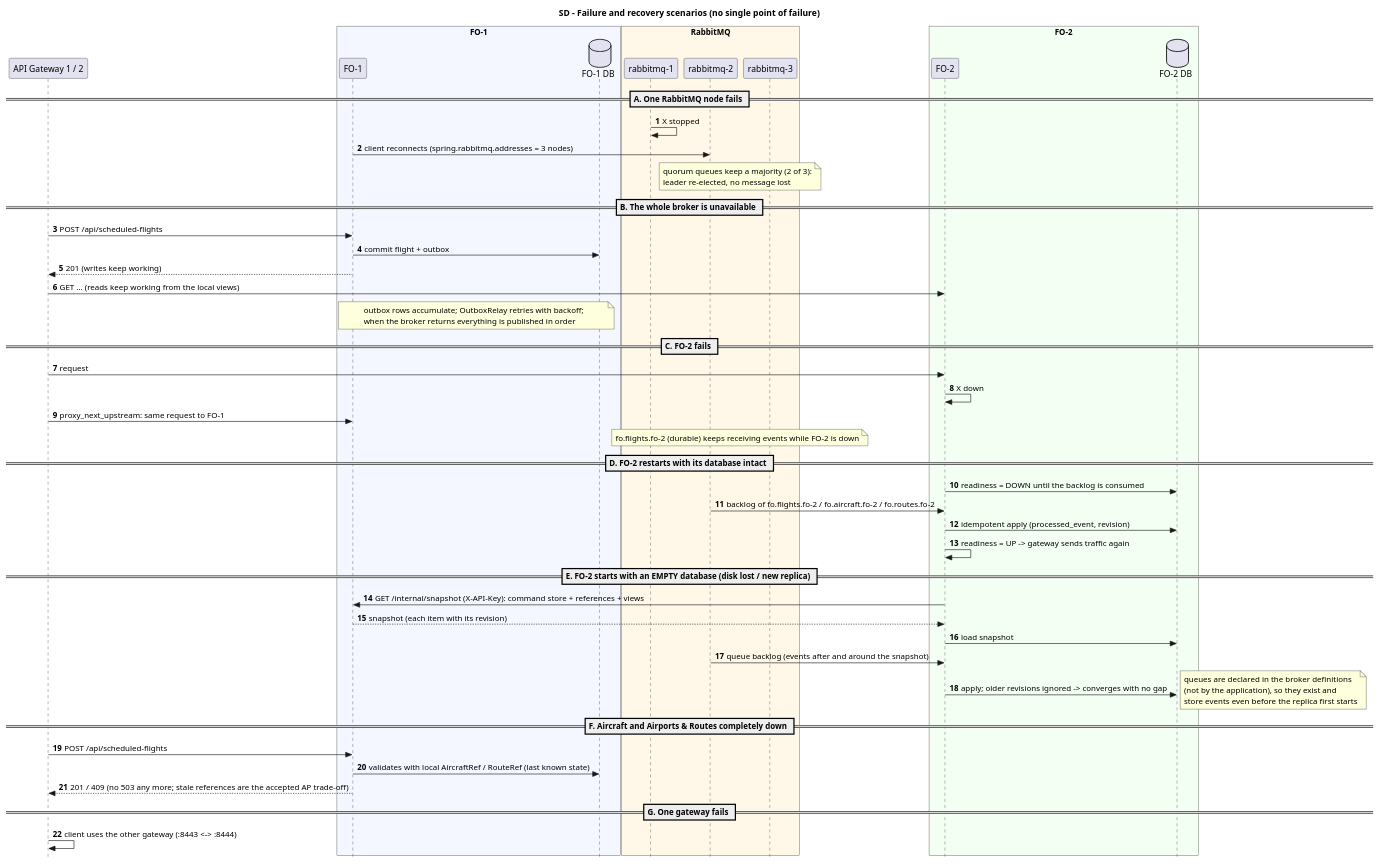
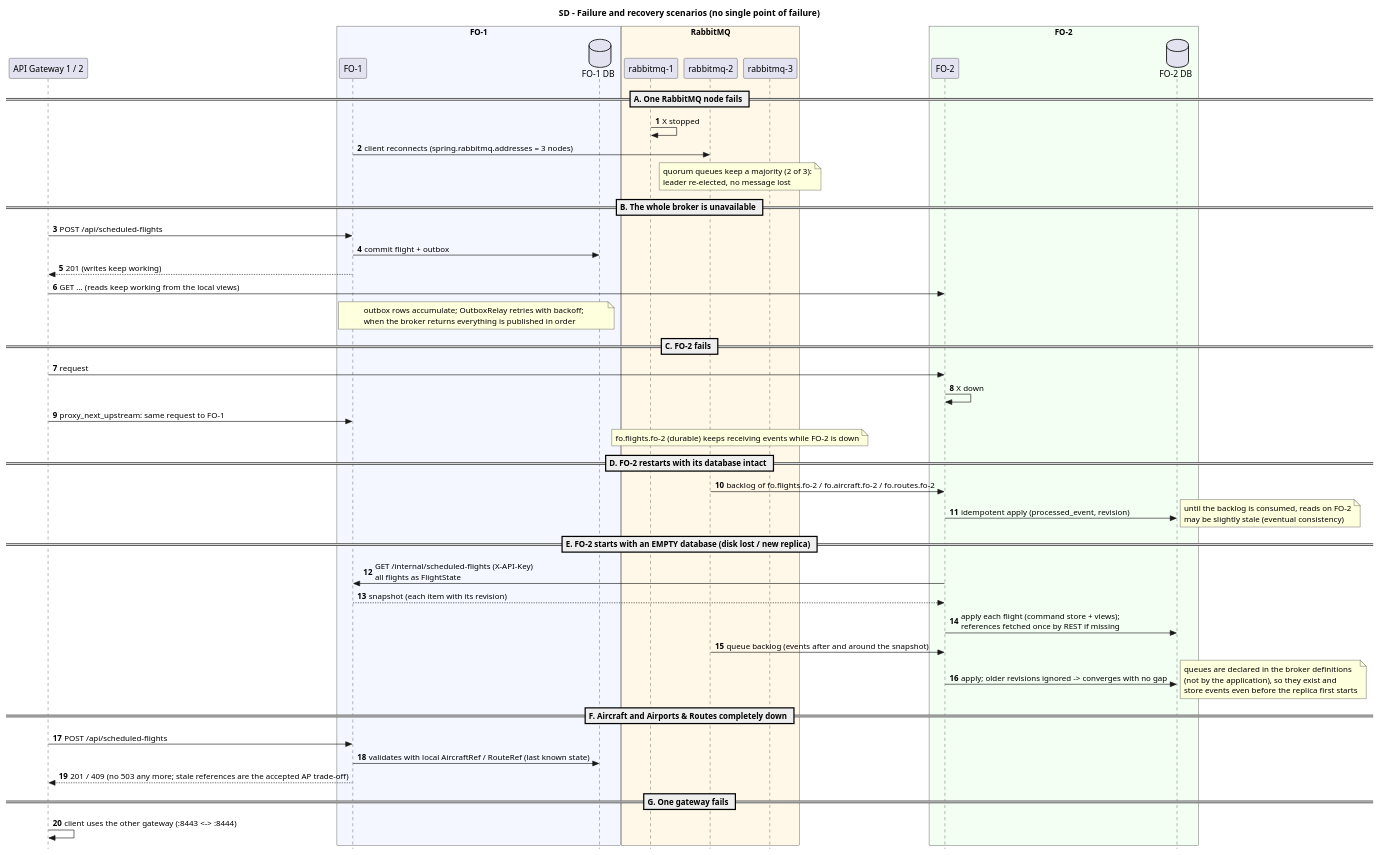
One commit to anamartasilvaa/SIDIG_AI_Safe changed the diagram in Services/Flighting Operations/docs/sd-failure-recovery.puml. Above: the diagram before and after it, drawn with PlantUML. The commit also changed 9 other files, not shown here.

Commit message:
FO: diagramas atualizados com a versão

```diff
--- a/Services/Flighting Operations/docs/sd-failure-recovery.puml
+++ b/Services/Flighting Operations/docs/sd-failure-recovery.puml
@@ -1,60 +1,59 @@
 @startuml sd-failure-recovery
 skinparam style strictuml
 autonumber
 title SD - Failure and recovery scenarios (no single point of failure)
 
 participant "API Gateway 1 / 2" as GW
 box "FO-1" #F4F7FF
 participant "FO-1" as F1
 database "FO-1 DB" as D1
 end box
 box "RabbitMQ" #FFF8E8
 participant "rabbitmq-1" as R1
 participant "rabbitmq-2" as R2
 participant "rabbitmq-3" as R3
 end box
 box "FO-2" #F4FFF4
 participant "FO-2" as F2
 database "FO-2 DB" as D2
 end box
 
 == A. One RabbitMQ node fails ==
 R1 -> R1 : X stopped
 F1 -> R2 : client reconnects (spring.rabbitmq.addresses = 3 nodes)
 note over R2, R3 : quorum queues keep a majority (2 of 3):\nleader re-elected, no message lost
 
 == B. The whole broker is unavailable ==
 GW -> F1 : POST /api/scheduled-flights
 F1 -> D1 : commit flight + outbox
 F1 --> GW : 201 (writes keep working)
 GW -> F2 : GET ... (reads keep working from the local views)
 note over F1, D1 : outbox rows accumulate; OutboxRelay retries with backoff;\nwhen the broker returns everything is published in order
 
 == C. FO-2 fails ==
 GW -> F2 : request
 F2 -> F2 : X down
 GW -> F1 : proxy_next_upstream: same request to FO-1
 note over R2, R3 : fo.flights.fo-2 (durable) keeps receiving events while FO-2 is down
 
 == D. FO-2 restarts with its database intact ==
-F2 -> D2 : readiness = DOWN until the backlog is consumed
 R2 -> F2 : backlog of fo.flights.fo-2 / fo.aircraft.fo-2 / fo.routes.fo-2
 F2 -> D2 : idempotent apply (processed_event, revision)
-F2 -> F2 : readiness = UP -> gateway sends traffic again
+note right : until the backlog is consumed, reads on FO-2\nmay be slightly stale (eventual consistency)
 
 == E. FO-2 starts with an EMPTY database (disk lost / new replica) ==
-F2 -> F1 : GET /internal/snapshot (X-API-Key): command store + references + views
+F2 -> F1 : GET /internal/scheduled-flights (X-API-Key)\nall flights as FlightState
 F1 --> F2 : snapshot (each item with its revision)
-F2 -> D2 : load snapshot
+F2 -> D2 : apply each flight (command store + views);\nreferences fetched once by REST if missing
 R2 -> F2 : queue backlog (events after and around the snapshot)
 F2 -> D2 : apply; older revisions ignored -> converges with no gap
 note right : queues are declared in the broker definitions\n(not by the application), so they exist and\nstore events even before the replica first starts
 
 == F. Aircraft and Airports & Routes completely down ==
 GW -> F1 : POST /api/scheduled-flights
 F1 -> D1 : validates with local AircraftRef / RouteRef (last known state)
 F1 --> GW : 201 / 409 (no 503 any more; stale references are the accepted AP trade-off)
 
 == G. One gateway fails ==
 GW -> GW : client uses the other gateway (:8443 <-> :8444)
 @enduml
```
